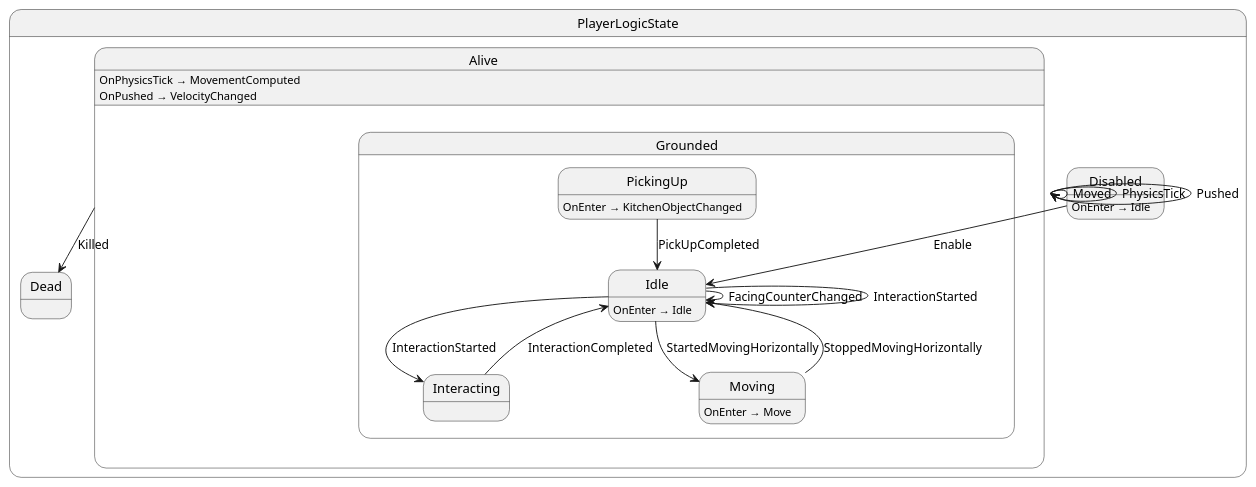
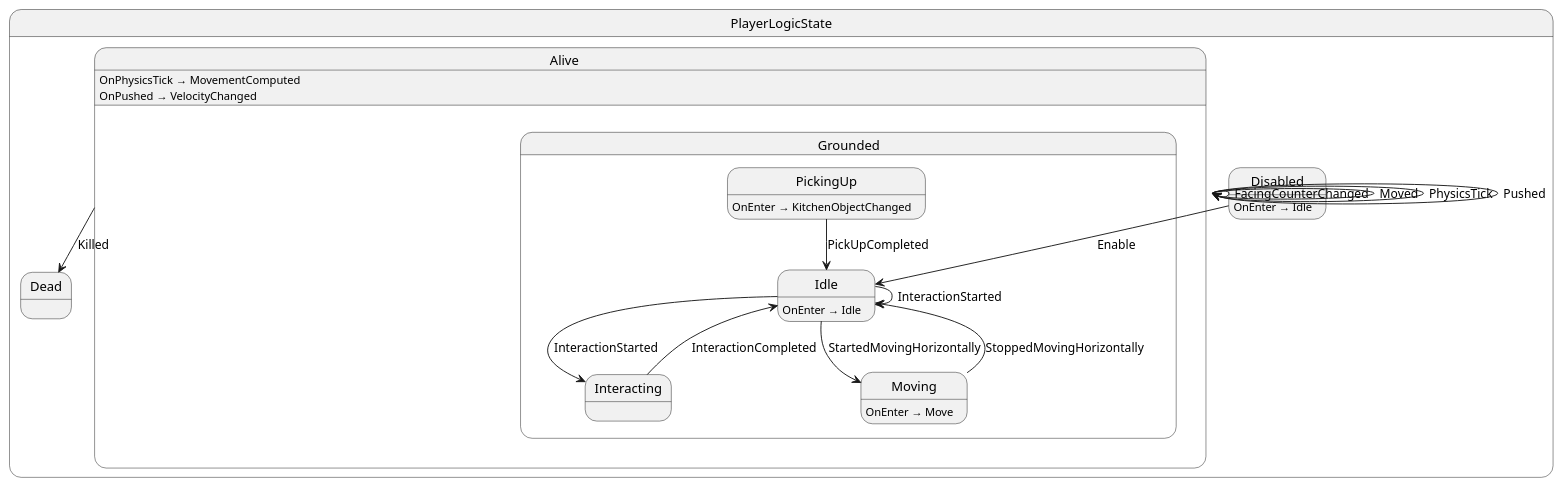
Before and after one commit to MaymeJetsoft/KitchenChaos: the diagram in src/player/state/PlayerLogicState.g.puml, drawn with PlantUML. The commit also changed 28 other files, not shown here.

Commit message:
counters: rework counter logicBlock and class inheritance

```diff
--- a/src/player/state/PlayerLogicState.g.puml
+++ b/src/player/state/PlayerLogicState.g.puml
@@ -1,34 +1,34 @@
 @startuml PlayerLogicState
 state "PlayerLogicState" as KitchenChaos_PlayerLogicState {
   state "Alive" as KitchenChaos_PlayerLogicState_Alive {
     state "Grounded" as KitchenChaos_PlayerLogicState_Grounded {
       state "Idle" as KitchenChaos_PlayerLogicState_Idle
       state "Interacting" as KitchenChaos_PlayerLogicState_Interacting
       state "Moving" as KitchenChaos_PlayerLogicState_Moving
       state "PickingUp" as KitchenChaos_PlayerLogicState_PickingUp
     }
   }
   state "Dead" as KitchenChaos_PlayerLogicState_Dead
   state "Disabled" as KitchenChaos_PlayerLogicState_Disabled
 }
 
+KitchenChaos_PlayerLogicState_Alive --> KitchenChaos_PlayerLogicState_Alive : FacingCounterChanged
 KitchenChaos_PlayerLogicState_Alive --> KitchenChaos_PlayerLogicState_Alive : Moved
 KitchenChaos_PlayerLogicState_Alive --> KitchenChaos_PlayerLogicState_Alive : PhysicsTick
 KitchenChaos_PlayerLogicState_Alive --> KitchenChaos_PlayerLogicState_Alive : Pushed
 KitchenChaos_PlayerLogicState_Alive --> KitchenChaos_PlayerLogicState_Dead : Killed
 KitchenChaos_PlayerLogicState_Disabled --> KitchenChaos_PlayerLogicState_Idle : Enable
-KitchenChaos_PlayerLogicState_Idle --> KitchenChaos_PlayerLogicState_Idle : FacingCounterChanged
 KitchenChaos_PlayerLogicState_Idle --> KitchenChaos_PlayerLogicState_Idle : InteractionStarted
 KitchenChaos_PlayerLogicState_Idle --> KitchenChaos_PlayerLogicState_Interacting : InteractionStarted
 KitchenChaos_PlayerLogicState_Idle --> KitchenChaos_PlayerLogicState_Moving : StartedMovingHorizontally
 KitchenChaos_PlayerLogicState_Interacting --> KitchenChaos_PlayerLogicState_Idle : InteractionCompleted
 KitchenChaos_PlayerLogicState_Moving --> KitchenChaos_PlayerLogicState_Idle : StoppedMovingHorizontally
 KitchenChaos_PlayerLogicState_PickingUp --> KitchenChaos_PlayerLogicState_Idle : PickUpCompleted
 
 KitchenChaos_PlayerLogicState_Alive : OnPhysicsTick → MovementComputed
 KitchenChaos_PlayerLogicState_Alive : OnPushed → VelocityChanged
 KitchenChaos_PlayerLogicState_Disabled : OnEnter → Idle
 KitchenChaos_PlayerLogicState_Idle : OnEnter → Idle
 KitchenChaos_PlayerLogicState_Moving : OnEnter → Move
 KitchenChaos_PlayerLogicState_PickingUp : OnEnter → KitchenObjectChanged
 @enduml
```
